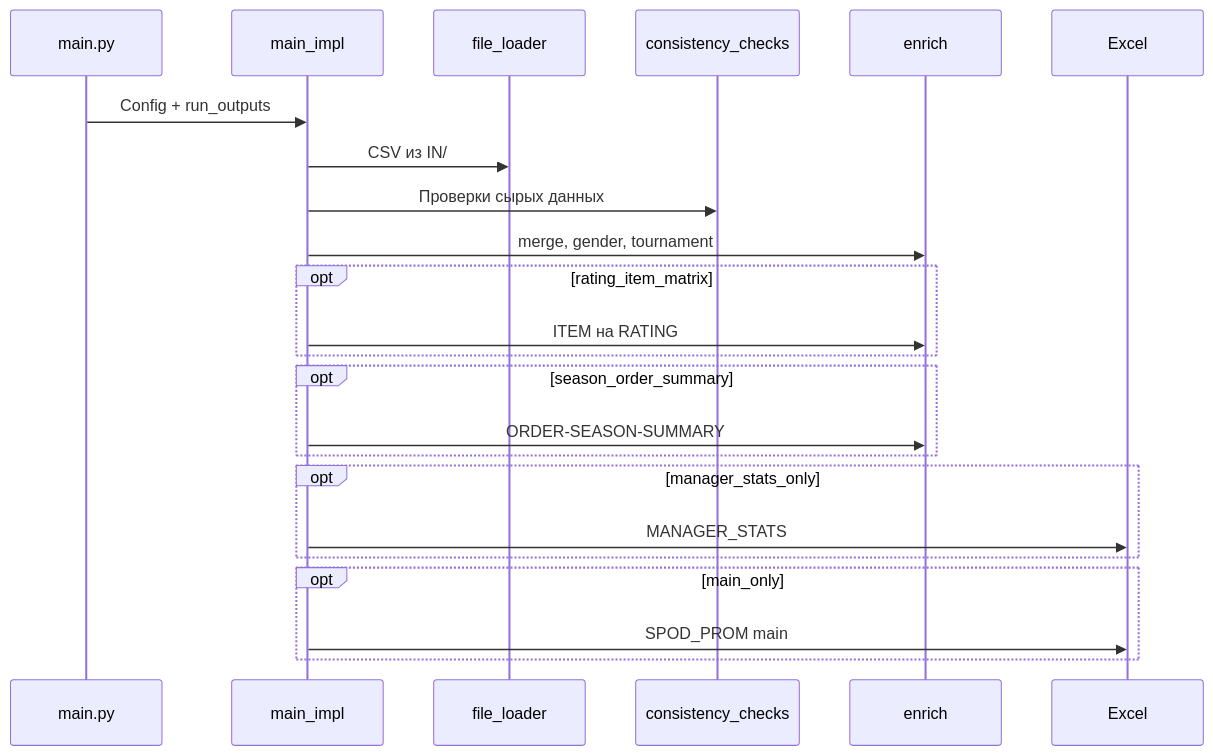
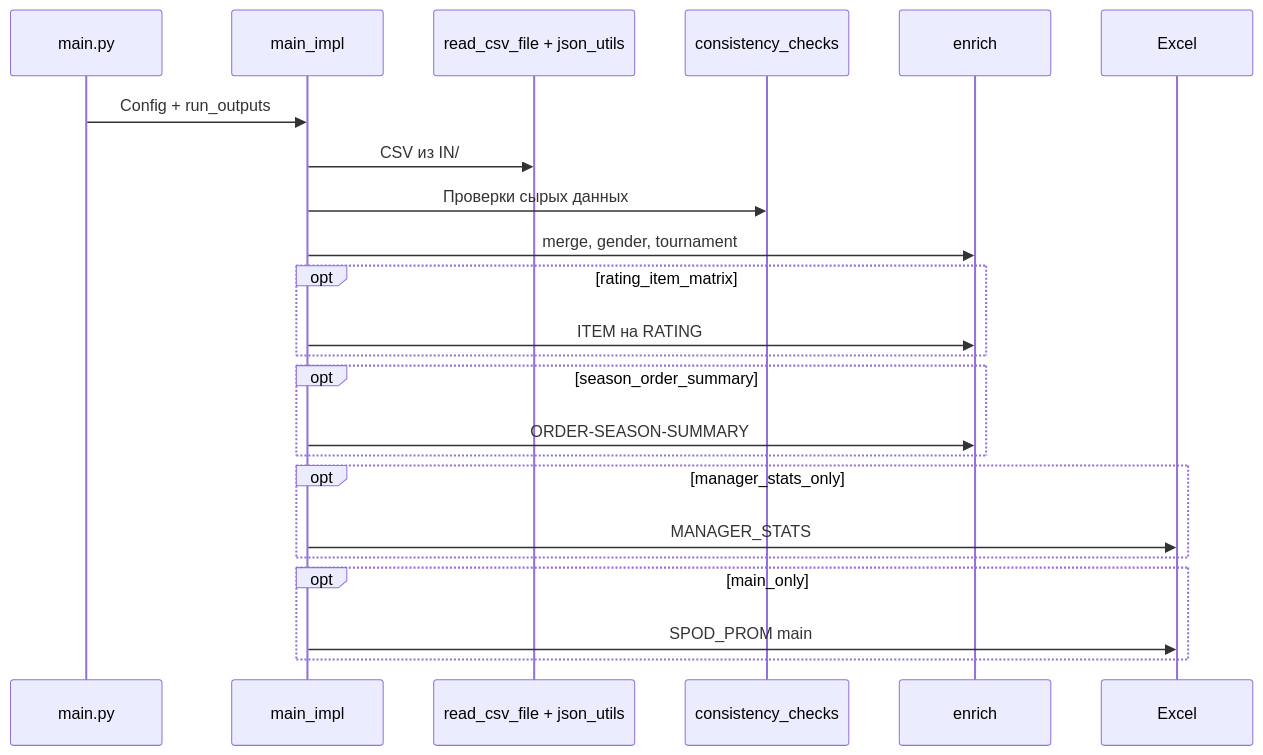
One commit to OrionFLASH/SPOD_PARCE_LOAD changed the fifth of 5 diagrams in Docs/CODEBASE_ANALYTICS.md. Above: the diagram before and after it, drawn with Mermaid. The commit also changed other lines of this file and 9 other files, not shown here.

````diff
--- a/Docs/CODEBASE_ANALYTICS.md
+++ b/Docs/CODEBASE_ANALYTICS.md
@@ -245,25 +264,25 @@
 ```mermaid
 sequenceDiagram
     participant M as main.py
     participant I as main_impl
-    participant L as file_loader
+    participant L as read_csv_file + json_utils
     participant C as consistency_checks
     participant E as enrich
     participant X as Excel
     M->>I: Config + run_outputs
     I->>L: CSV из IN/
     I->>C: Проверки сырых данных
     I->>E: merge, gender, tournament
     opt rating_item_matrix
     I->>E: ITEM на RATING
     end
     opt season_order_summary
     I->>E: ORDER-SEASON-SUMMARY
     end
     opt manager_stats_only
     I->>X: MANAGER_STATS
     end
     opt main_only
     I->>X: SPOD_PROM main
     end
 ```
````
